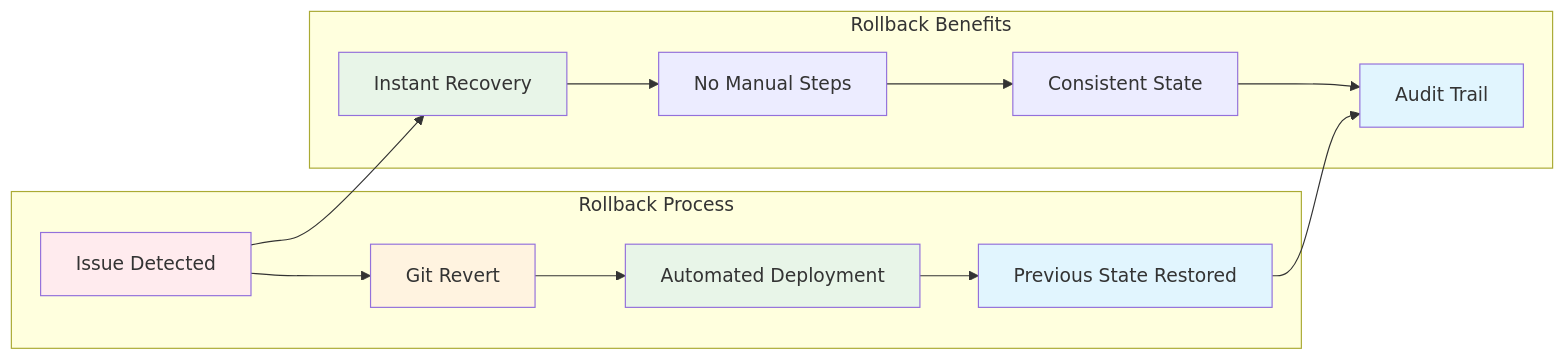
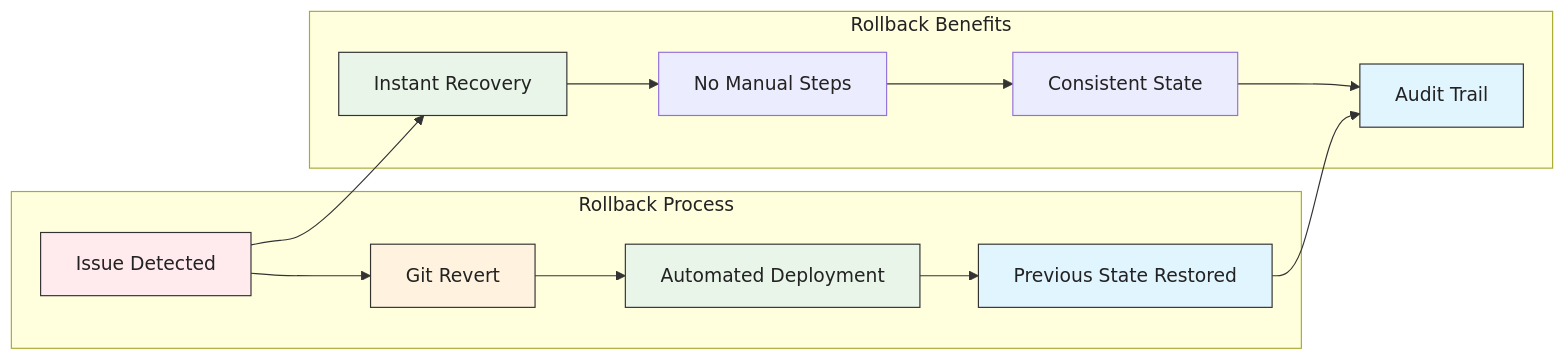
The sixth of 8 diagrams in GitOps_document.md (svenkatrav0408/ArgoCD-config), drawn with Mermaid before and after one commit. The commit also changed other lines of this file, not shown here.

````diff
--- a/GitOps_document.md
+++ b/GitOps_document.md
@@ -221,24 +226,25 @@
 ```mermaid
+%%{init: {'theme':'default', 'themeVariables': { 'background': '#ffffff', 'primaryColor': '#e8f5e8', 'edgeLabelBackground':'#fff', 'textColor':'#222'}} }%%
 graph LR
     subgraph "Rollback Process"
         A[Issue Detected] --> B[Git Revert]
         B --> C[Automated Deployment]
         C --> D[Previous State Restored]
     end
-    
+
     subgraph "Rollback Benefits"
         E[Instant Recovery] --> F[No Manual Steps]
         F --> G[Consistent State]
         G --> H[Audit Trail]
     end
-    
+
     A --> E
     D --> H
-    
-    style A fill:#ffebee
-    style B fill:#fff3e0
-    style C fill:#e8f5e8
-    style D fill:#e1f5fe
-    style E fill:#e8f5e8
-    style H fill:#e1f5fe
+
+    style A fill:#ffebee,stroke:#333,stroke-width:1px
+    style B fill:#fff3e0,stroke:#333,stroke-width:1px
+    style C fill:#e8f5e8,stroke:#333,stroke-width:1px
+    style D fill:#e1f5fe,stroke:#333,stroke-width:1px
+    style E fill:#e8f5e8,stroke:#333,stroke-width:1px
+    style H fill:#e1f5fe,stroke:#333,stroke-width:1px
 ```
````
